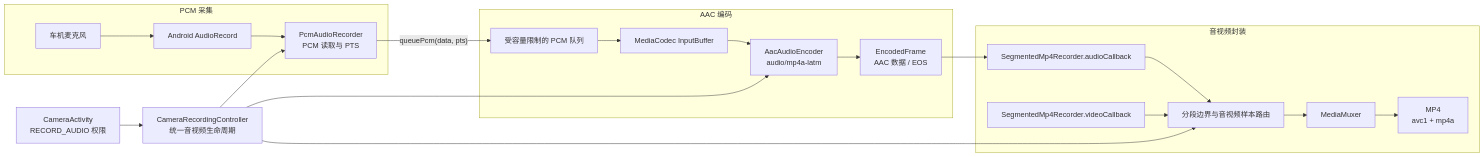
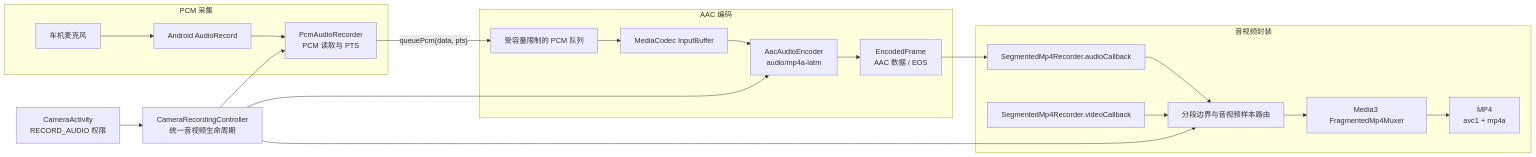
Before and after one commit to songzhixiang/BestScaffold: the first of 8 diagrams in docs/aac-recording-architecture.md, drawn with Mermaid. The commit also changed other lines of this file and 9 other files, not shown here.

````diff
--- a/docs/aac-recording-architecture.md
+++ b/docs/aac-recording-architecture.md
@@ -32,38 +32,38 @@
 ```mermaid
 flowchart LR
     Permission["CameraActivity<br/>RECORD_AUDIO 权限"]
     Controller["CameraRecordingController<br/>统一音视频生命周期"]
 
     subgraph CAPTURE["PCM 采集"]
         Mic["车机麦克风"]
         AudioRecord["Android AudioRecord"]
         Recorder["PcmAudioRecorder<br/>PCM 读取与 PTS"]
         Mic --> AudioRecord --> Recorder
     end
 
     subgraph ENCODE["AAC 编码"]
         Queue["受容量限制的 PCM 队列"]
         Input["MediaCodec InputBuffer"]
         Codec["AacAudioEncoder<br/>audio/mp4a-latm"]
         Output["EncodedFrame<br/>AAC 数据 / EOS"]
         Queue --> Input --> Codec --> Output
     end
 
     subgraph MUX["音视频封装"]
         AudioCallback["SegmentedMp4Recorder.audioCallback"]
         VideoCallback["SegmentedMp4Recorder.videoCallback"]
         Segmenter["分段边界与音视频样本路由"]
-        Muxer["MediaMuxer"]
+        Muxer["Media3 FragmentedMp4Muxer"]
         MP4["MP4<br/>avc1 + mp4a"]
         AudioCallback --> Segmenter
         VideoCallback --> Segmenter
         Segmenter --> Muxer --> MP4
     end
 
     Permission --> Controller
     Controller --> Recorder
     Controller --> Codec
     Recorder -->|"queuePcm(data, pts)"| Queue
     Output --> AudioCallback
     Controller --> Segmenter
 ```
````
